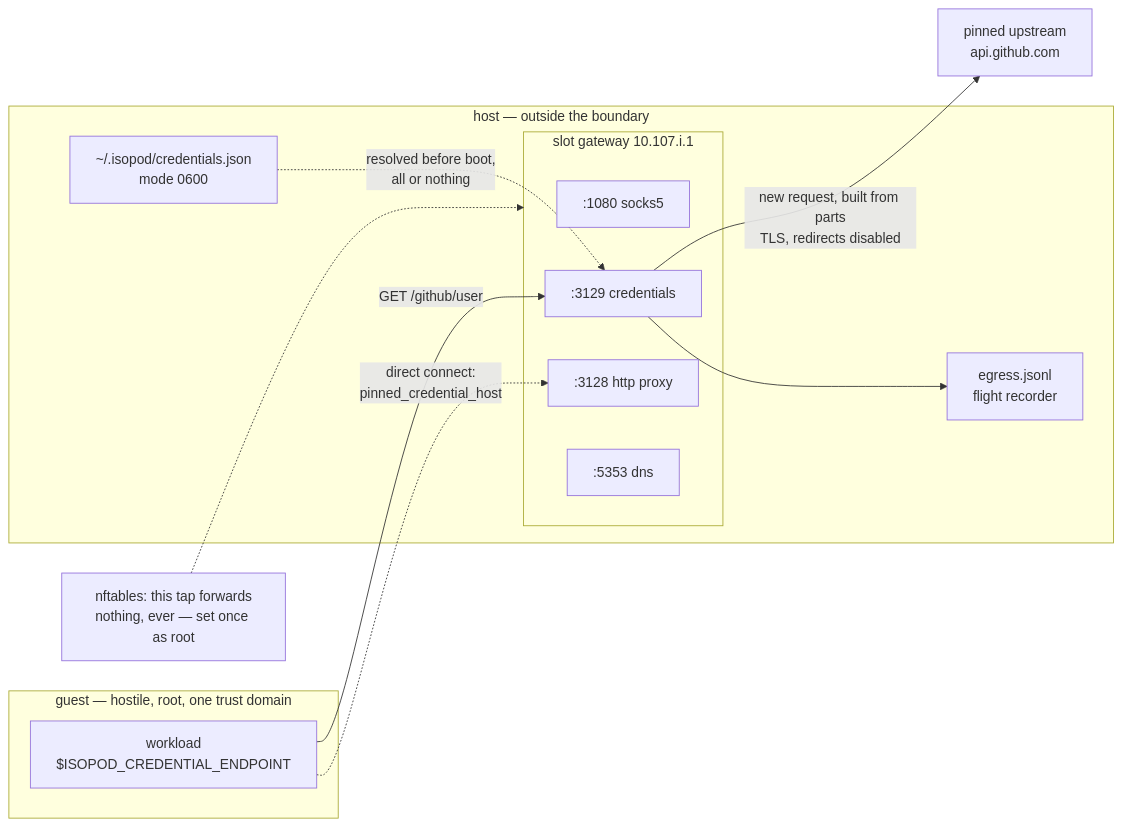
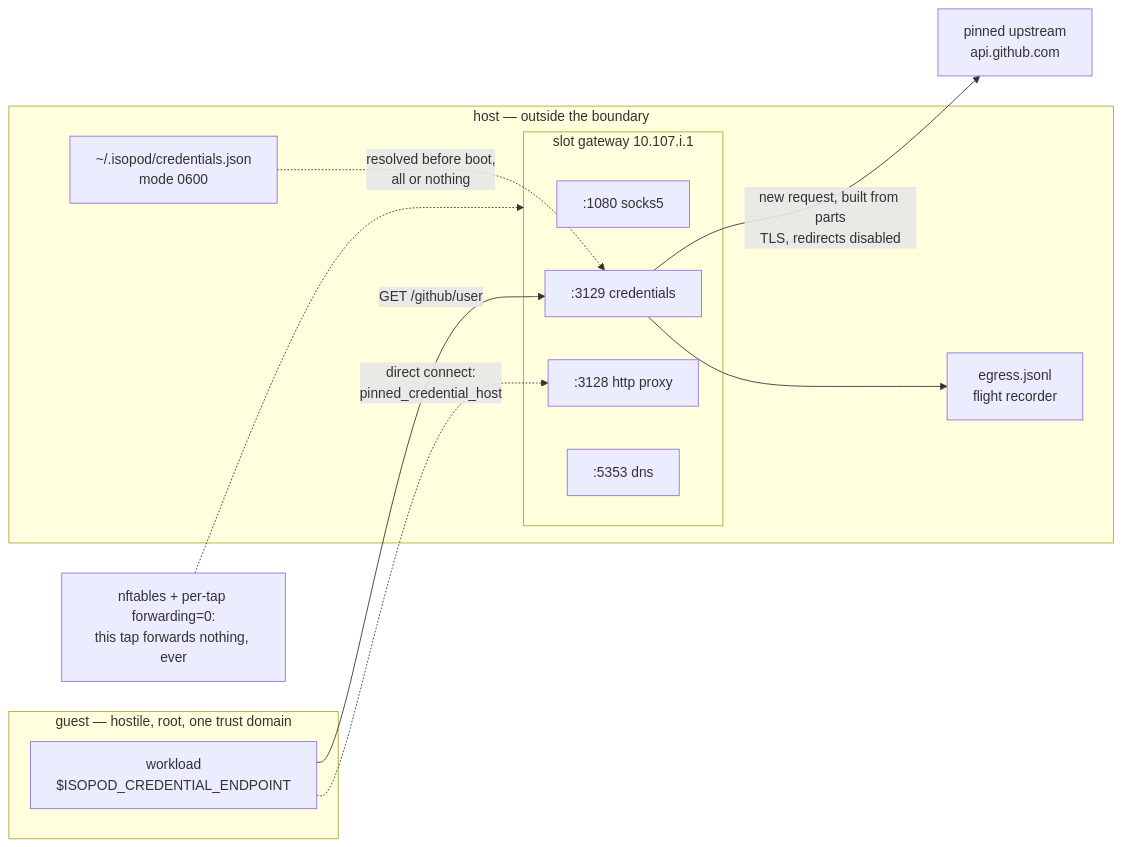
One commit to me1iissa/isopod changed the fourth of 5 diagrams in docs/credentials.md. Above: the diagram before and after it, drawn with Mermaid. The commit also changed other lines of this file and 23 other files, not shown here.

````diff
--- a/docs/credentials.md
+++ b/docs/credentials.md
@@ -253,26 +282,26 @@
 ```mermaid
 flowchart LR
     subgraph guest["guest — hostile, root, one trust domain"]
         W["workload<br/>$ISOPOD_CREDENTIAL_ENDPOINT"]
     end
     subgraph host["host — outside the boundary"]
         subgraph gw["slot gateway 10.107.i.1"]
             P1[":1080 socks5"]
             P2[":3128 http proxy"]
             P3[":3129 credentials"]
             P4[":5353 dns"]
         end
         S["~/.isopod/credentials.json<br/>mode 0600"]
         R["egress.jsonl<br/>flight recorder"]
     end
     U["pinned upstream<br/>api.github.com"]
 
     W -->|"GET /github/user"| P3
     S -.->|"resolved before boot,<br/>all or nothing"| P3
     P3 -->|"new request, built from parts<br/>TLS, redirects disabled"| U
     P3 --> R
     W -.->|"direct connect:<br/>pinned_credential_host"| P2
     
-    nft["nftables: this tap forwards<br/>nothing, ever — set once as root"]
+    nft["nftables + per-tap forwarding=0:<br/>this tap forwards nothing, ever"]
     nft -.-> gw
 ```
````
